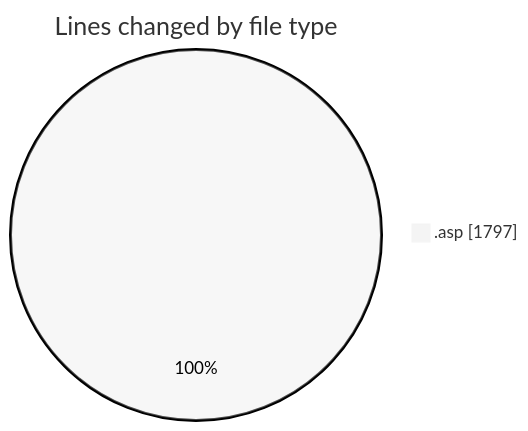
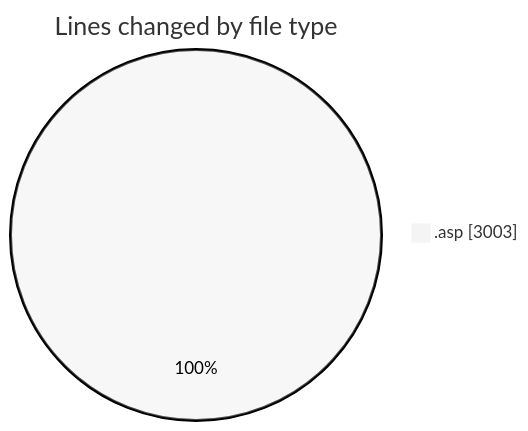
One commit to julien-gomy/code-tracking changed the first of 2 diagrams in 2025-11-26/cdp_aleoudev_fr__workspace_/README.md. Above: the diagram before and after it, drawn with Mermaid (neutral theme). The commit also changed other lines of this file and 1 other file, not shown here.

````diff
--- a/2025-11-26/cdp_aleoudev_fr__workspace_/README.md
+++ b/2025-11-26/cdp_aleoudev_fr__workspace_/README.md
@@ -21,5 +22,5 @@
 ```mermaid
 pie showData
 title Lines changed by file type
-".asp" : 1797
+".asp" : 3003
 ```
````
